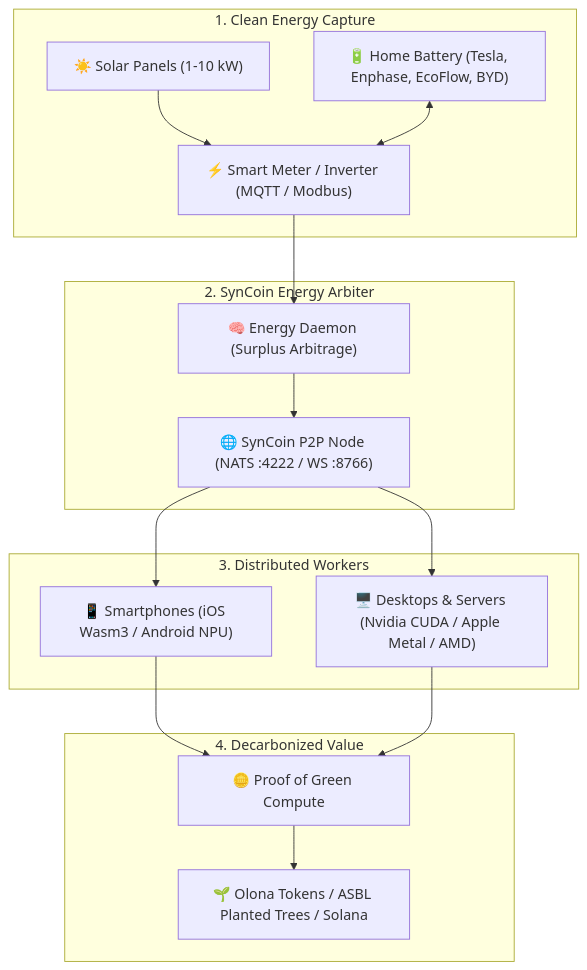
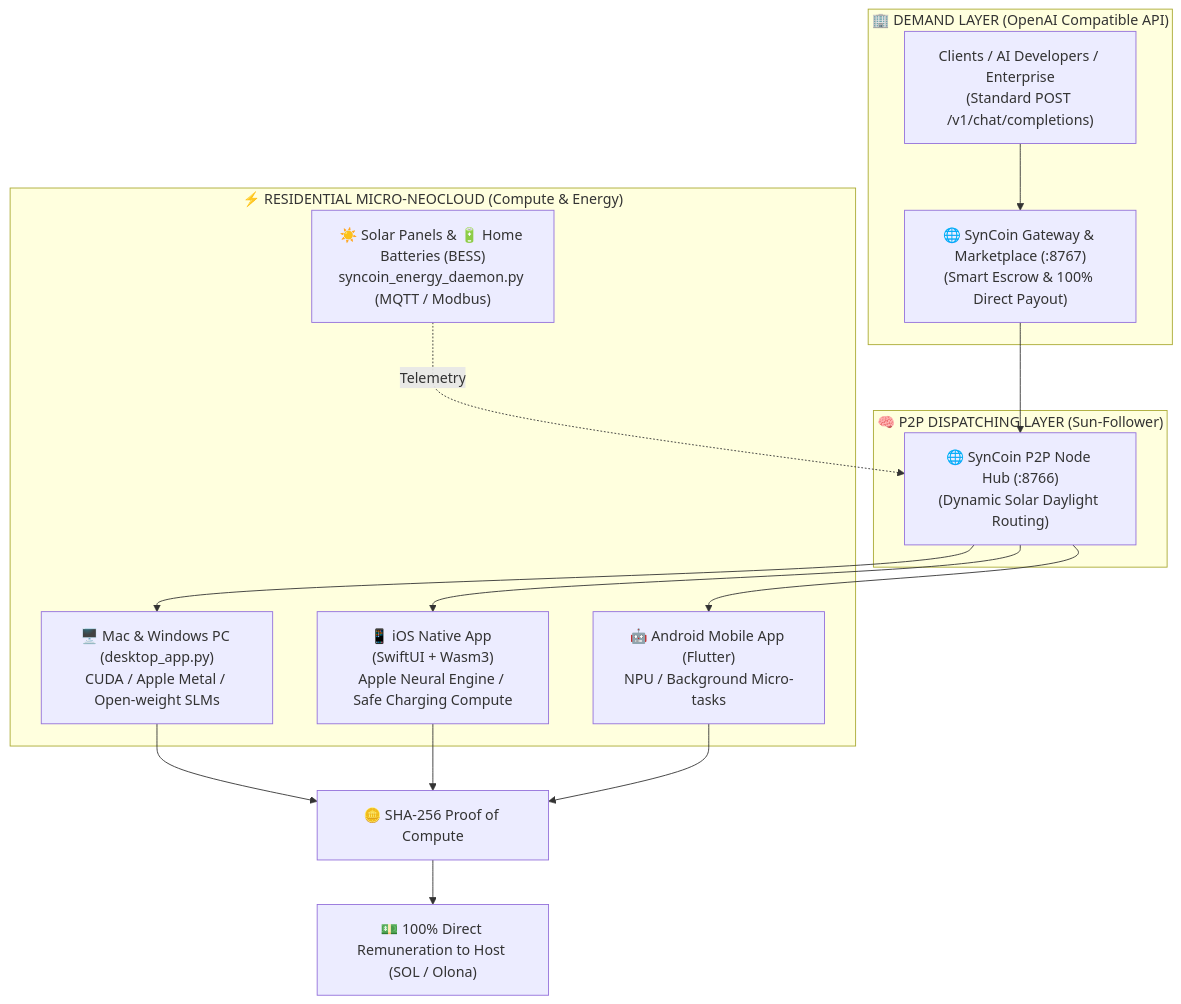
The diagram in README.md (Boxxji/syncoin), drawn with Mermaid before and after one commit. The commit also changed other lines of this file and 10 other files, not shown here.

Commit message:
feat(i18n): 100% English documentation & code, 100% direct host remuneration (0% intermediary), and free open-source P2P mesh network

````diff
--- a/README.md
+++ b/README.md
@@ -26,23 +27,29 @@
 ```mermaid
 graph TD
-    subgraph "1. Clean Energy Capture"
-        Solar["☀️ Solar Panels (1-10 kW)"] --> Inverter["⚡ Smart Meter / Inverter (MQTT / Modbus)"]
-        Battery["🔋 Home Battery (Tesla, Enphase, EcoFlow, BYD)"] <--> Inverter
+    subgraph "🏢 DEMAND LAYER (OpenAI Compatible API)"
+        Client["Clients / AI Developers / Enterprise<br/>(Standard POST /v1/chat/completions)"]
+        Gateway["🌐 SynCoin Gateway & Marketplace (:8767)<br/>(Smart Escrow & 100% Direct Payout)"]
     end
 
-    subgraph "2. SynCoin Energy Arbiter"
-        Inverter --> Arbiter["🧠 Energy Daemon (Surplus Arbitrage)"]
-        Arbiter --> Node["🌐 SynCoin P2P Node (NATS :4222 / WS :8766)"]
+    subgraph "🧠 P2P DISPATCHING LAYER (Sun-Follower)"
+        Hub["🌐 SynCoin P2P Node Hub (:8766)<br/>(Dynamic Solar Daylight Routing)"]
     end
 
-    subgraph "3. Distributed Workers"
-        Node --> Phone["📱 Smartphones (iOS Wasm3 / Android NPU)"]
-        Node --> PC["🖥️ Desktops & Servers (Nvidia CUDA / Apple Metal / AMD)"]
+    subgraph "⚡ RESIDENTIAL MICRO-NEOCLOUD (Compute & Energy)"
+        D1["🖥️ Mac & Windows PC (desktop_app.py)<br/>CUDA / Apple Metal / Open-weight SLMs"]
+        D2["📱 iOS Native App (SwiftUI + Wasm3)<br/>Apple Neural Engine / Safe Charging Compute"]
+        D3["🤖 Android Mobile App (Flutter)<br/>NPU / Background Micro-tasks"]
+        Solar["☀️ Solar Panels & 🔋 Home Batteries (BESS)<br/>syncoin_energy_daemon.py (MQTT / Modbus)"]
     end
 
-    subgraph "4. Decarbonized Value"
-        Phone --> Proof["🪙 Proof of Green Compute"]
-        PC --> Proof
-        Proof --> Rewards["🌱 Olona Tokens / ASBL Planted Trees / Solana"]
-    end
+    Client --> Gateway
+    Gateway --> Hub
+    Hub --> D1
+    Hub --> D2
+    Hub --> D3
+    Solar -. Telemetry .-> Hub
+    D1 --> Proof["🪙 SHA-256 Proof of Compute"]
+    D2 --> Proof
+    D3 --> Proof
+    Proof --> DirectPayout["💵 100% Direct Remuneration to Host (SOL / Olona)"]
 ```
````
